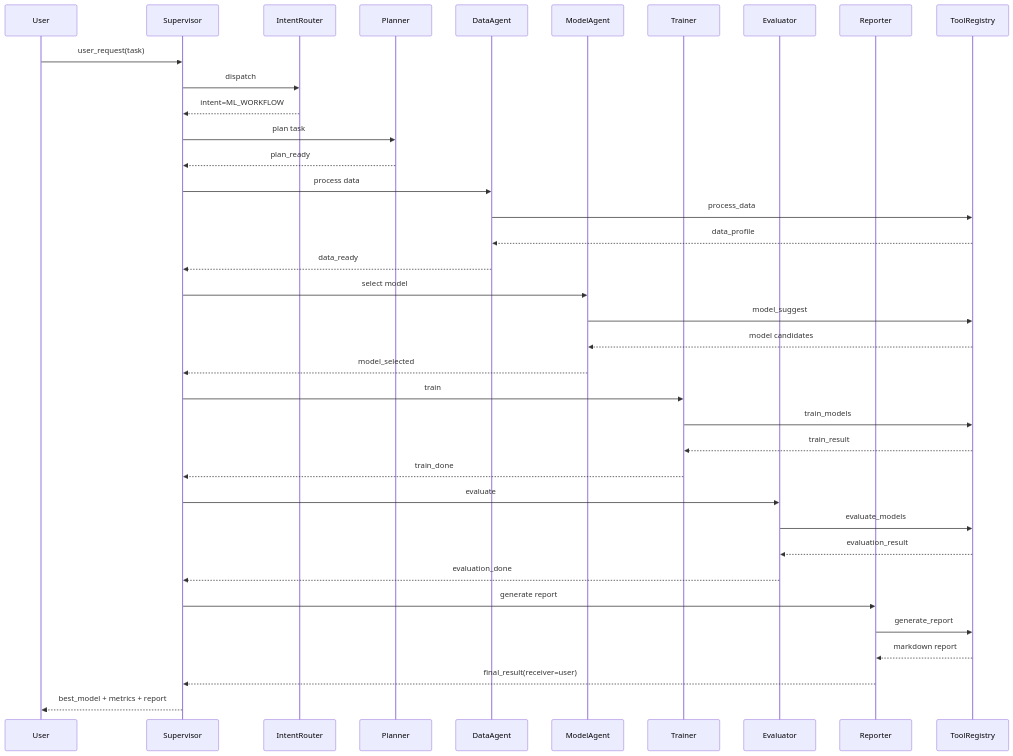
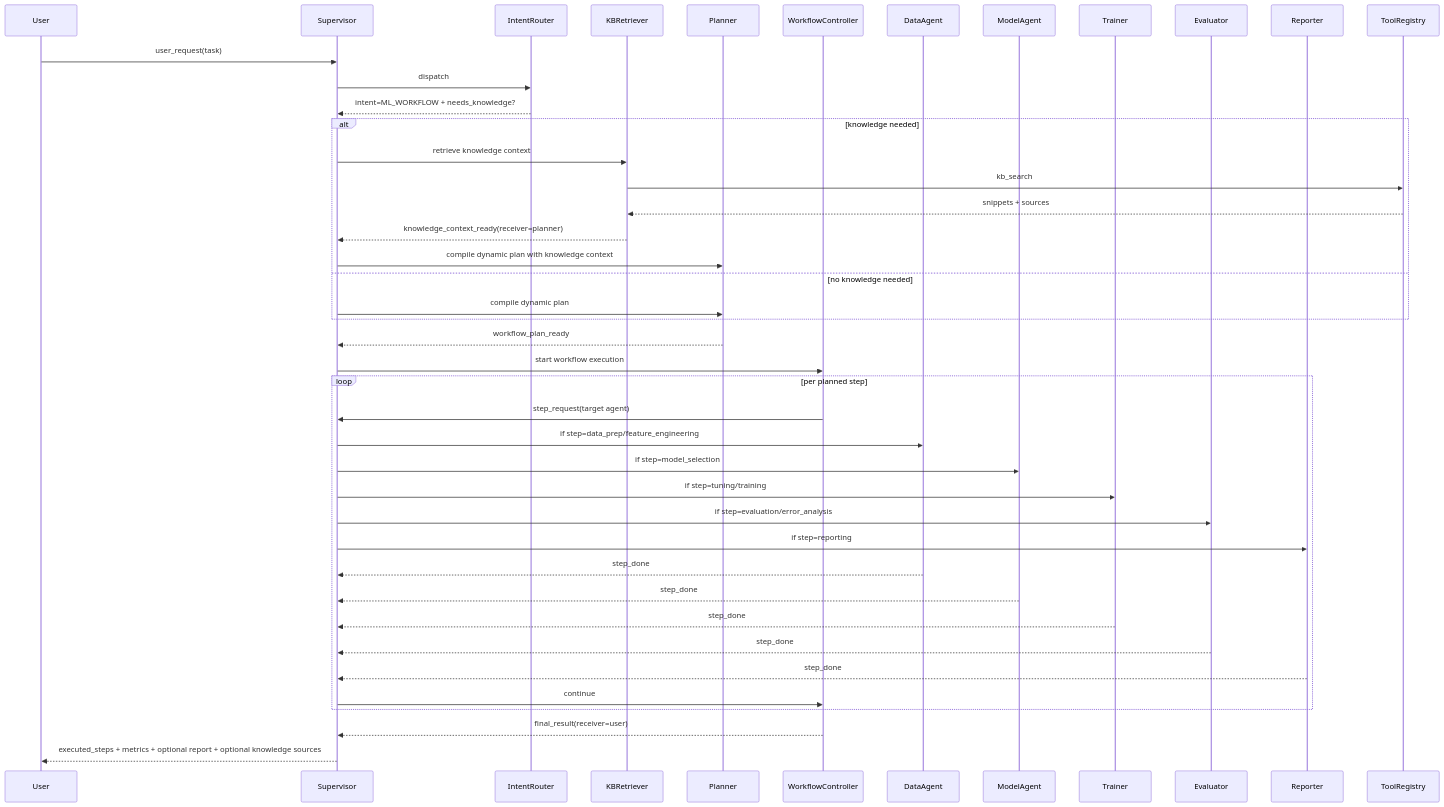
Before and after one commit to minw1012/multiagents: the fifth of 5 diagrams in system_redesign.md, drawn with Mermaid. The commit also changed other lines of this file and 2 other files, not shown here.

````diff
--- a/system_redesign.md
+++ b/system_redesign.md
@@ -179,40 +227,46 @@
 ```mermaid
 sequenceDiagram
     participant U as User
     participant S as Supervisor
     participant I as IntentRouter
+    participant K as KBRetriever
     participant P as Planner
+    participant C as WorkflowController
     participant D as DataAgent
     participant M as ModelAgent
     participant T as Trainer
     participant E as Evaluator
     participant R as Reporter
     participant TR as ToolRegistry
 
     U->>S: user_request(task)
     S->>I: dispatch
-    I-->>S: intent=ML_WORKFLOW
-    S->>P: plan task
-    P-->>S: plan_ready
-    S->>D: process data
-    D->>TR: process_data
-    TR-->>D: data_profile
-    D-->>S: data_ready
-    S->>M: select model
-    M->>TR: model_suggest
-    TR-->>M: model candidates
-    M-->>S: model_selected
-    S->>T: train
-    T->>TR: train_models
-    TR-->>T: train_result
-    T-->>S: train_done
-    S->>E: evaluate
-    E->>TR: evaluate_models
-    TR-->>E: evaluation_result
-    E-->>S: evaluation_done
-    S->>R: generate report
-    R->>TR: generate_report
-    TR-->>R: markdown report
-    R-->>S: final_result(receiver=user)
-    S-->>U: best_model + metrics + report
+    I-->>S: intent=ML_WORKFLOW + needs_knowledge?
+    alt knowledge needed
+        S->>K: retrieve knowledge context
+        K->>TR: kb_search
+        TR-->>K: snippets + sources
+        K-->>S: knowledge_context_ready(receiver=planner)
+        S->>P: compile dynamic plan with knowledge context
+    else no knowledge needed
+        S->>P: compile dynamic plan
+    end
+    P-->>S: workflow_plan_ready
+    S->>C: start workflow execution
+    loop per planned step
+        C->>S: step_request(target agent)
+        S->>D: if step=data_prep/feature_engineering
+        S->>M: if step=model_selection
+        S->>T: if step=tuning/training
+        S->>E: if step=evaluation/error_analysis
+        S->>R: if step=reporting
+        D-->>S: step_done
+        M-->>S: step_done
+        T-->>S: step_done
+        E-->>S: step_done
+        R-->>S: step_done
+        S->>C: continue
+    end
+    C-->>S: final_result(receiver=user)
+    S-->>U: executed_steps + metrics + optional report + optional knowledge sources
 ```
````
